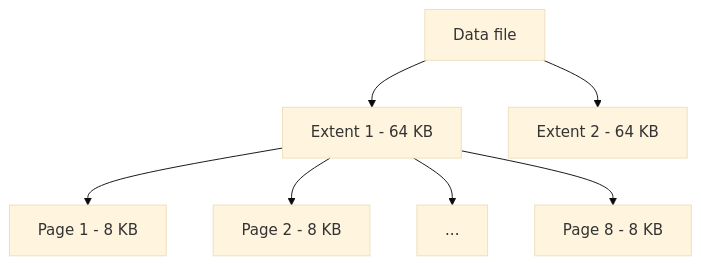
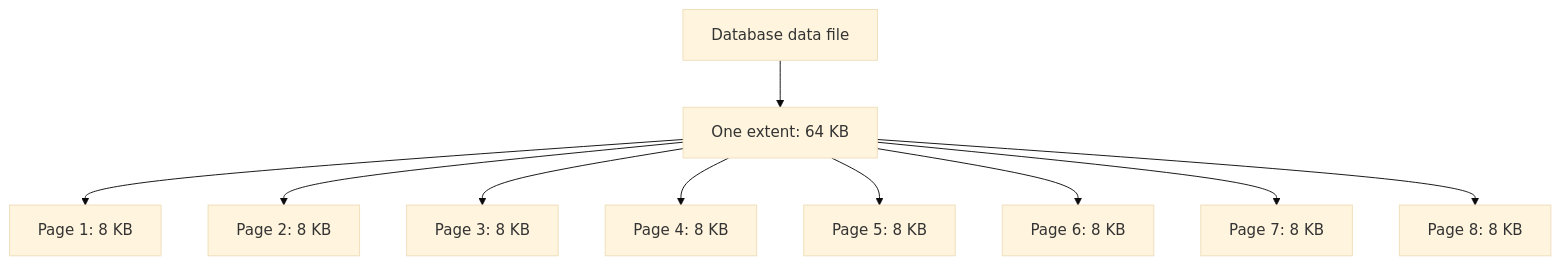
Before and after one commit to tjovic/database-design-labs-public: the fourth of 11 diagrams in labs/lab05-physical-storage.md, drawn with Mermaid (base theme). The commit also changed other lines of this file, not shown here.

````diff
--- a/labs/lab05-physical-storage.md
+++ b/labs/lab05-physical-storage.md
@@ -268,9 +233,12 @@
 ```mermaid
 flowchart TD
-    A[Data file] --> B[Extent 1 - 64 KB]
-    A --> C[Extent 2 - 64 KB]
-    B --> D[Page 1 - 8 KB]
-    B --> E[Page 2 - 8 KB]
-    B --> F[...]
-    B --> G[Page 8 - 8 KB]
+    F[Database data file] --> E[One extent: 64 KB]
+    E --> P1[Page 1: 8 KB]
+    E --> P2[Page 2: 8 KB]
+    E --> P3[Page 3: 8 KB]
+    E --> P4[Page 4: 8 KB]
+    E --> P5[Page 5: 8 KB]
+    E --> P6[Page 6: 8 KB]
+    E --> P7[Page 7: 8 KB]
+    E --> P8[Page 8: 8 KB]
 ```
````
